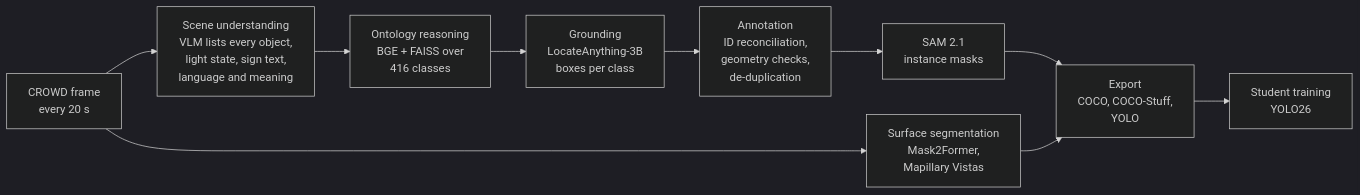
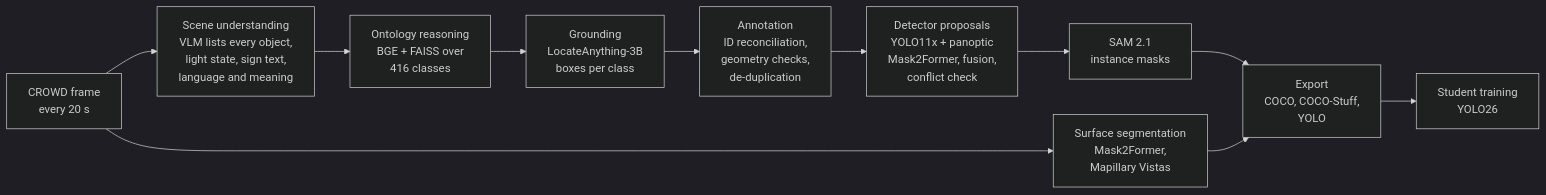
The diagram in README.md (crowd-dataset/TraffCOCO), drawn with Mermaid (dark theme) before and after one commit. The commit also changed other lines of this file, not shown here.

Commit message:
Describes the detector stage, the Vistas check and the quality gate in the README

````diff
--- a/README.md
+++ b/README.md
@@ -71,12 +71,13 @@
 ```mermaid
 flowchart LR
     F[CROWD frame<br/>every 20 s] --> S[Scene understanding<br/>VLM lists every object,<br/>light state, sign text,<br/>language and meaning]
     S --> O[Ontology reasoning<br/>BGE + FAISS over<br/>416 classes]
     O --> G[Grounding<br/>LocateAnything-3B<br/>boxes per class]
     G --> A[Annotation<br/>ID reconciliation,<br/>geometry checks,<br/>de-duplication]
-    A --> M[SAM 2.1<br/>instance masks]
+    A --> D[Detector proposals<br/>YOLO11x + panoptic<br/>Mask2Former, fusion,<br/>conflict check]
+    D --> M[SAM 2.1<br/>instance masks]
     F --> R[Surface segmentation<br/>Mask2Former,<br/>Mapillary Vistas]
     M --> E[Export<br/>COCO, COCO-Stuff,<br/>YOLO]
     R --> E
     E --> T[Student training<br/>YOLO26]
 ```
````
